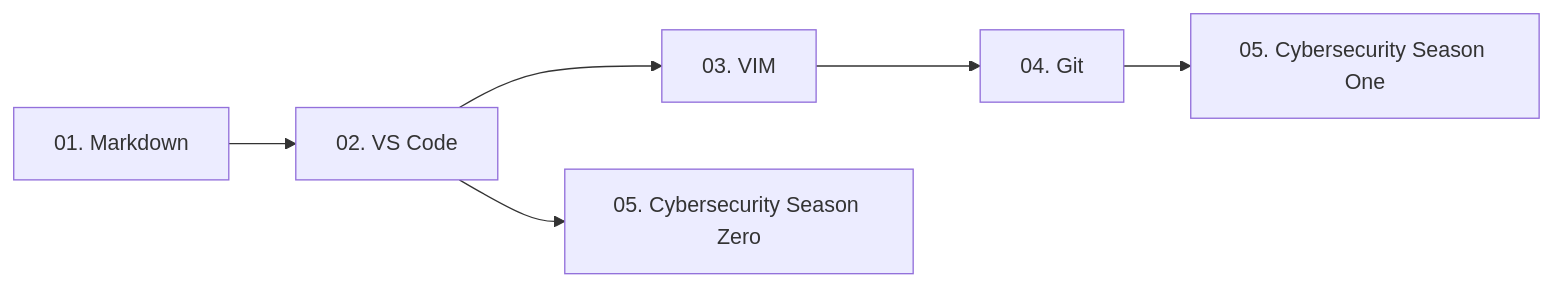
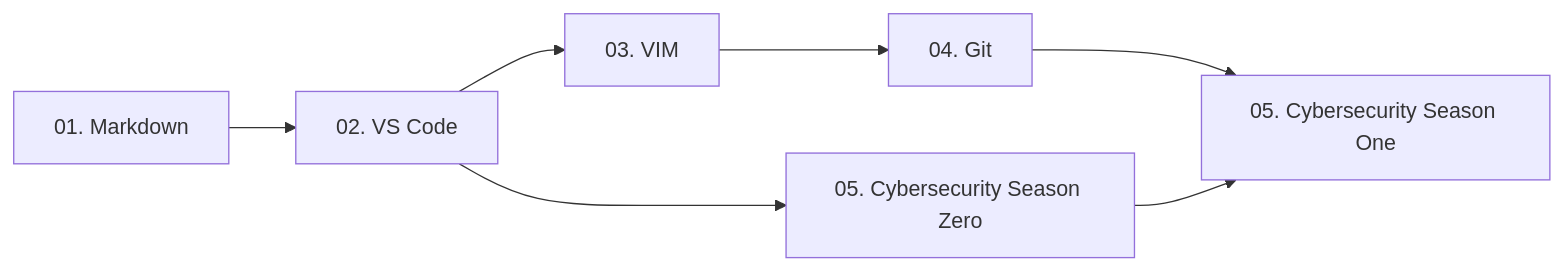
The second of 2 diagrams in README.md (TheSilentOne-creator/The-Book-of-the-Night-Keeper), drawn with Mermaid before and after one commit. The commit also changed other lines of this file and 7 other files, not shown here.

````diff
--- a/README.md
+++ b/README.md
@@ -293,8 +294,9 @@
 ```mermaid
 flowchart LR
     A[01. Markdown] --> B[02. VS Code]
     B --> C[03. VIM]
     B --> D[05. Cybersecurity Season Zero]
     C --> E[04. Git]
     E --> F[05. Cybersecurity Season One]
+    D --> F[05. Cybersecurity Season One]
 ```
````
